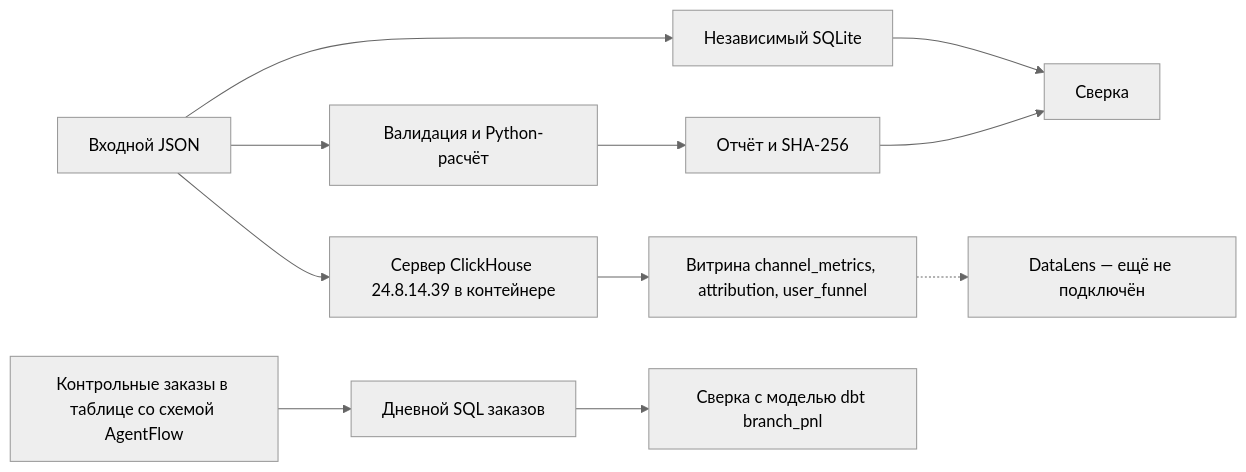
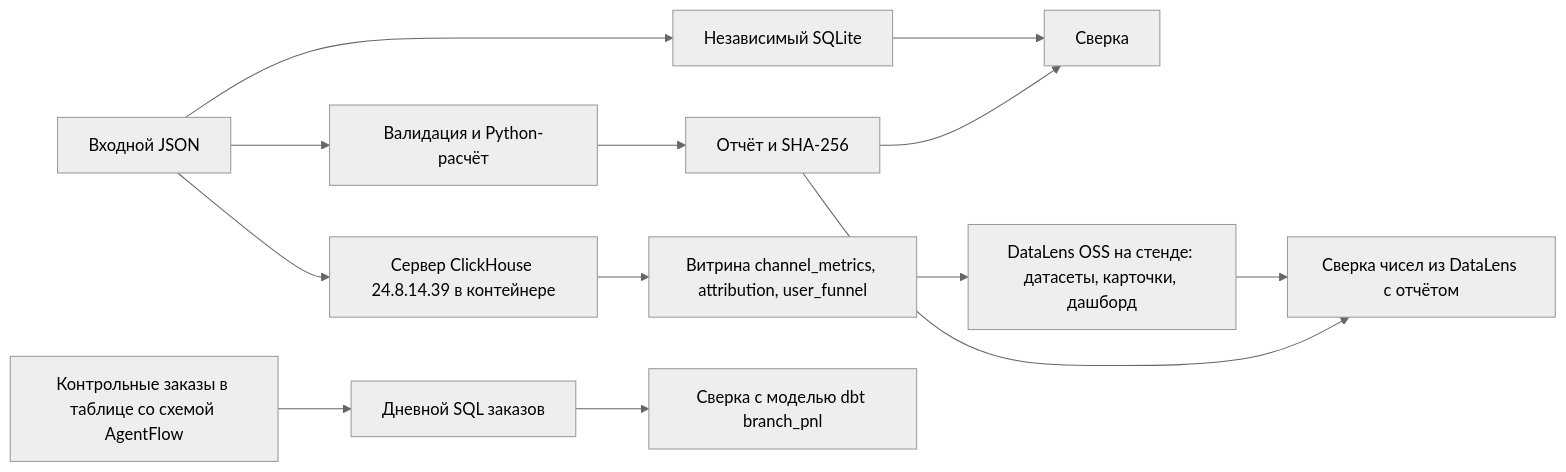
Before and after one commit to brownjuly2003-code/marketing-funnel-datalens: the diagram in docs/STUDY.md, drawn with Mermaid (neutral theme). The commit also changed other lines of this file and 29 other files, not shown here.

````diff
--- a/docs/STUDY.md
+++ b/docs/STUDY.md
@@ -17,13 +19,15 @@
 ```mermaid
 flowchart LR
     A[Входной JSON] --> B[Валидация и Python-расчёт]
     B --> C[Отчёт и SHA-256]
     A --> D[Независимый SQLite]
     D --> E[Сверка]
     C --> E
     A --> F[Сервер ClickHouse 24.8.14.39 в контейнере]
     F --> G[Витрина channel_metrics, attribution, user_funnel]
-    G -.-> H[DataLens — ещё не подключён]
+    G --> H[DataLens OSS на стенде: датасеты, карточки, дашборд]
+    H --> N[Сверка чисел из DataLens с отчётом]
+    C --> N
     K[Контрольные заказы в таблице со схемой AgentFlow] --> L[Дневной SQL заказов]
     L --> M[Сверка с моделью dbt branch_pnl]
 ```
````
